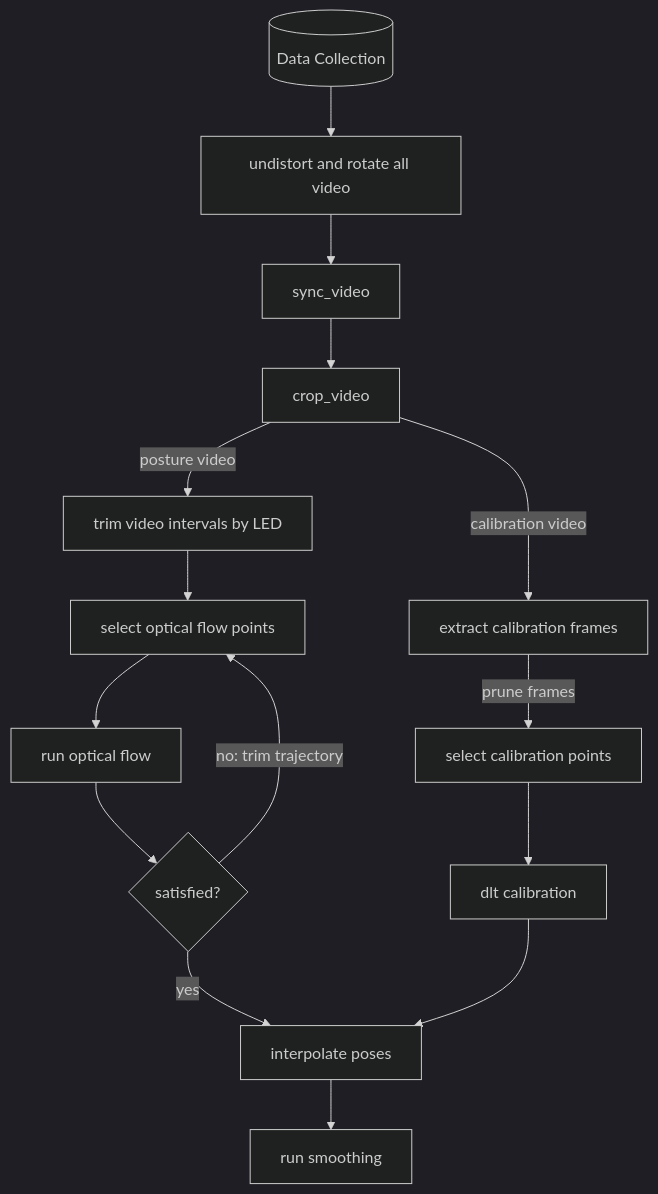
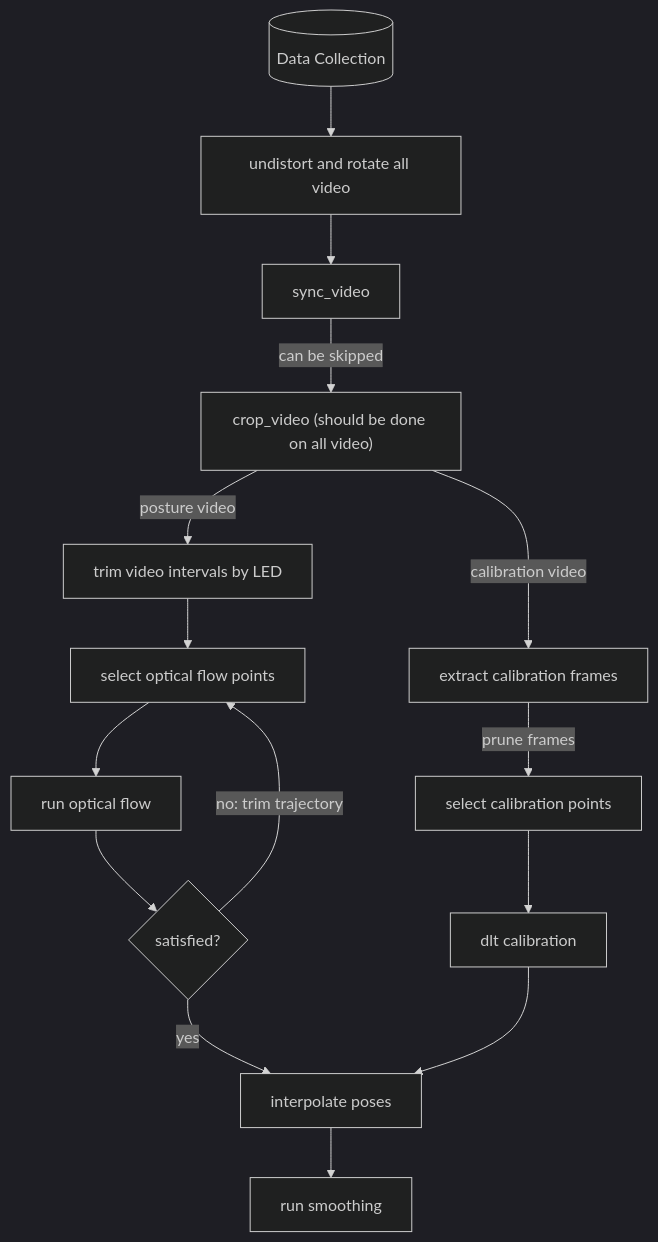
The diagram in README.md (GazzolaLab/BR2-vision-based-smoothing), drawn with Mermaid (dark theme) before and after one commit.

````diff
--- a/README.md
+++ b/README.md
@@ -48,26 +48,26 @@
 ```mermaid
 flowchart TD
     collect[("Data Collection")]
     proc1["undistort and rotate all video"]
     proc2["sync_video"]
-    proc3["crop_video"]
+    proc3["crop_video (should be done on all video)"]
     cal1["extract calibration frames"]
     cal2["select calibration points"]
     cal3["dlt calibration"]
     trim["trim video intervals by LED"]
     opt1["select optical flow points"]
     opt2["run optical flow"]
     smt1["interpolate poses"]
     smt2["run smoothing"]
 
     C{satisfied?}
 
-    collect --> proc1 --> proc2 --> proc3
+    collect --> proc1 --> proc2 -->|can be skipped| proc3
     proc3 -->|calibration video| cal1 -->|prune frames| cal2 --> cal3
     proc3 -->|posture video| trim --> opt1 --> opt2 --> C
     C -->|no: trim trajectory| opt1
     C -->|yes| smt1
     
     cal3 --> smt1
     smt1 --> smt2
 ```
````
